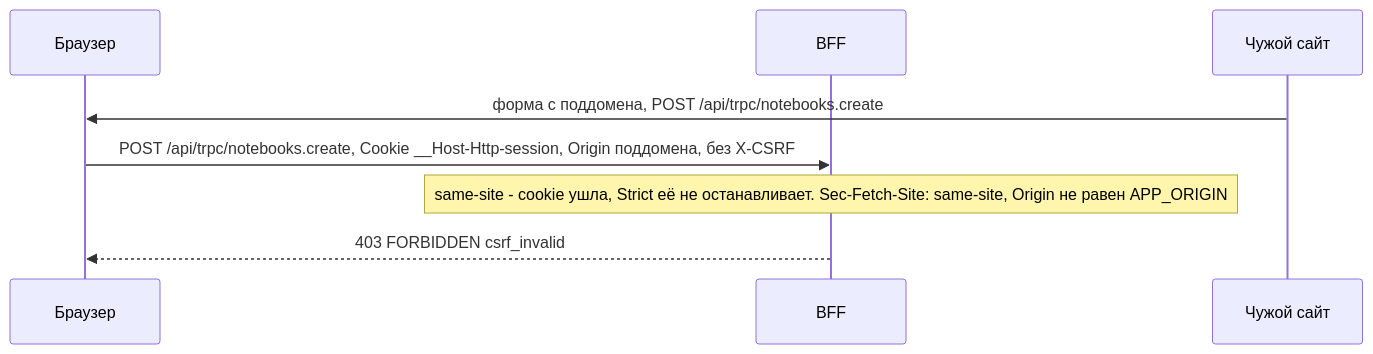
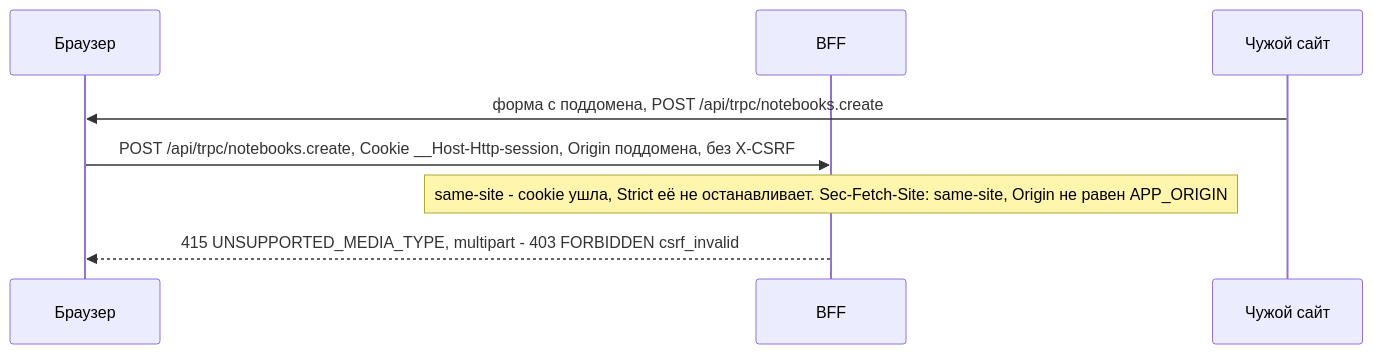
The eighth of 10 diagrams in site/modules/2026-10/tracks/bff/auth.md (Cringe-Driven-Development-Team/docs), drawn with Mermaid before and after one commit. The commit also changed other lines of this file and 3 other files, not shown here.

````diff
--- a/site/modules/2026-10/tracks/bff/auth.md
+++ b/site/modules/2026-10/tracks/bff/auth.md
@@ -312,10 +321,10 @@
 ```mermaid
 sequenceDiagram
   participant B as Браузер
   participant P as BFF
   participant E as Чужой сайт
   E->>B: форма с поддомена, POST /api/trpc/notebooks.create
   B->>P: POST /api/trpc/notebooks.create, Cookie __Host-Http-session, Origin поддомена, без X-CSRF
   Note over P: same-site - cookie ушла, Strict её не останавливает. Sec-Fetch-Site: same-site, Origin не равен APP_ORIGIN
-  P-->>B: 403 FORBIDDEN csrf_invalid
+  P-->>B: 415 UNSUPPORTED_MEDIA_TYPE, multipart - 403 FORBIDDEN csrf_invalid
 ```
````
